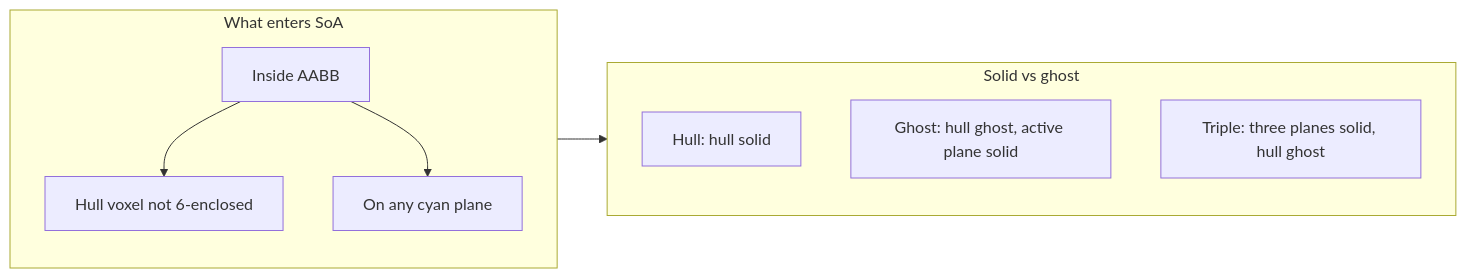
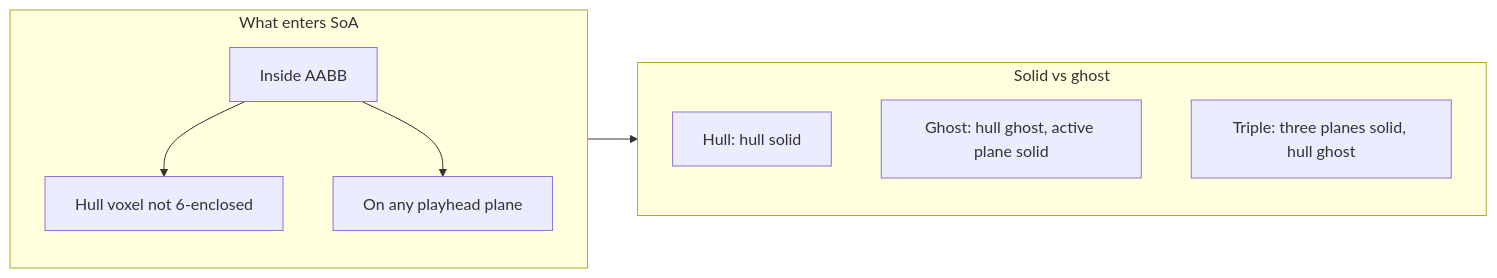
Before and after one commit to PiMaV/DONNER: diagram 15 of 27 in architecture.md, drawn with Mermaid. The commit also changed other lines of this file and 22 other files, not shown here.

````diff
--- a/architecture.md
+++ b/architecture.md
@@ -357,16 +389,16 @@
 ```mermaid
 flowchart LR
   subgraph emit [What enters SoA]
     inAabb[Inside AABB]
     hullVox[Hull voxel not 6-enclosed]
-    onPlane[On any cyan plane]
+    onPlane[On any playhead plane]
     inAabb --> hullVox
     inAabb --> onPlane
   end
   subgraph draw [Solid vs ghost]
     hullMode[Hull: hull solid]
     ghostMode[Ghost: hull ghost, active plane solid]
     tripleMode[Triple: three planes solid, hull ghost]
   end
   emit --> draw
 ```
````
